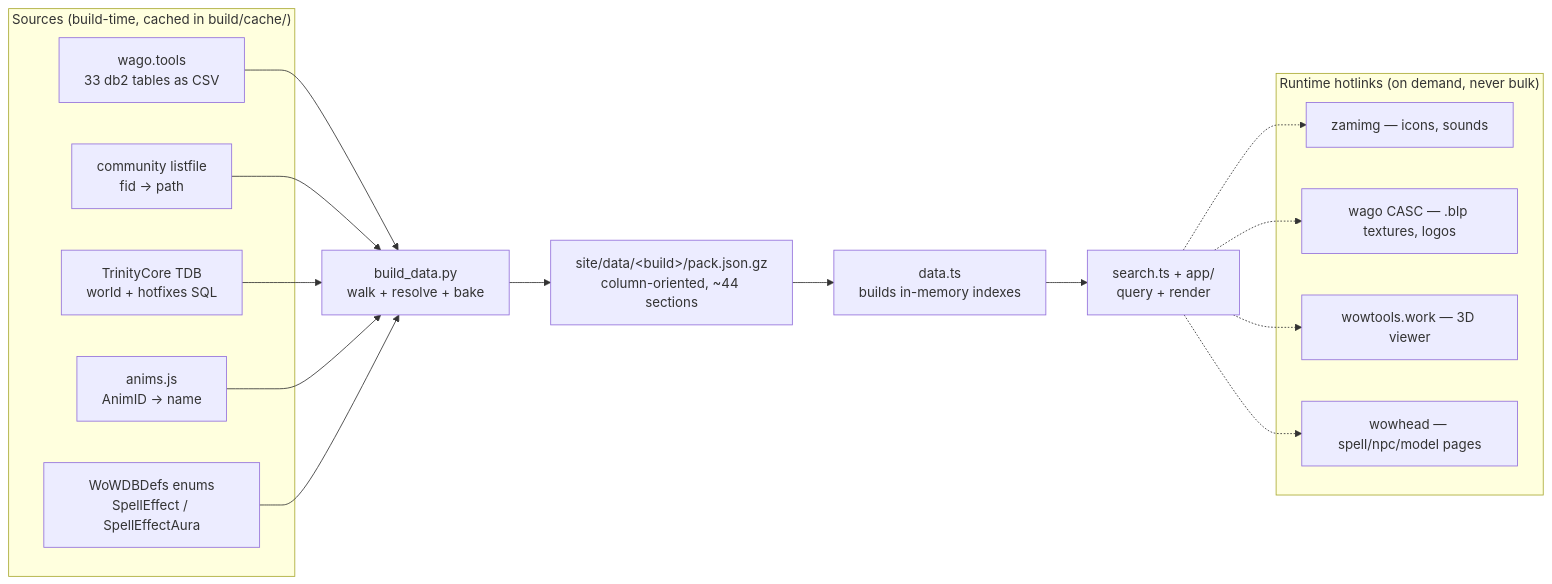
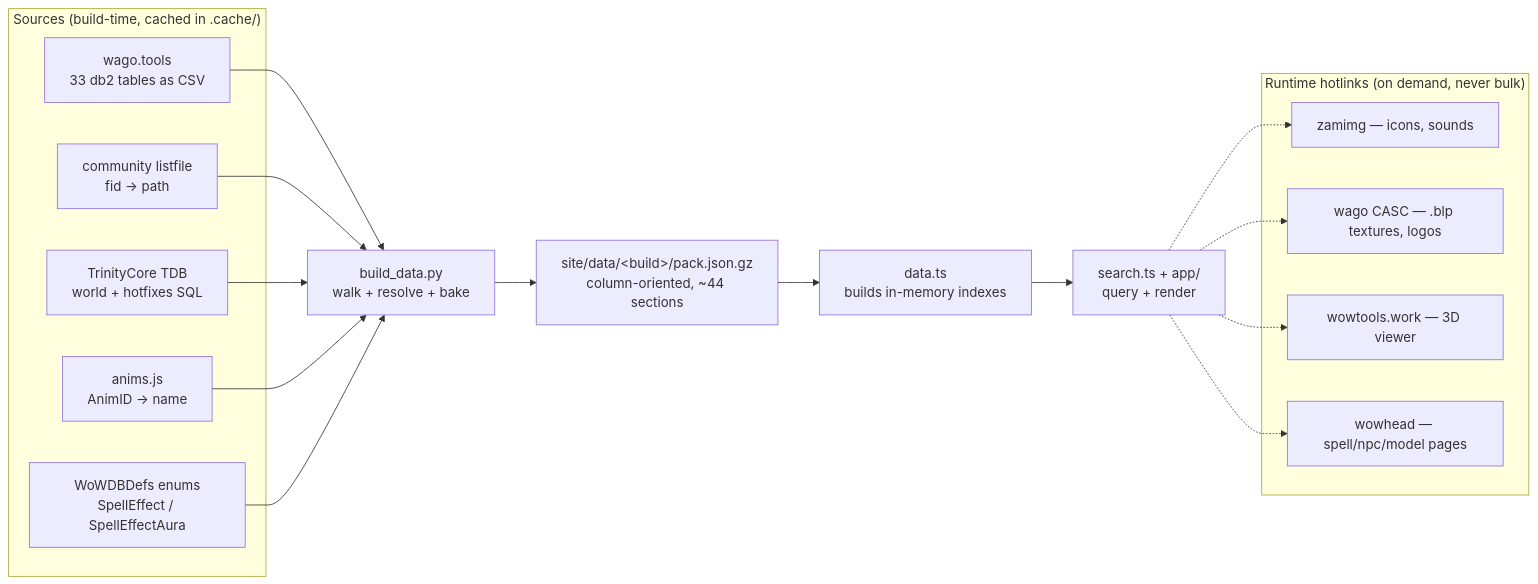
Before and after one commit to Natans8/Epsilook: the first of 22 diagrams in docs/DATA_ROUTES.md, drawn with Mermaid. The commit also changed 27 other files, not shown here.

````diff
--- a/docs/DATA_ROUTES.md
+++ b/docs/DATA_ROUTES.md
@@ -25,32 +25,32 @@
 ```mermaid
 flowchart LR
-    subgraph SRC["Sources (build-time, cached in build/cache/)"]
+    subgraph SRC["Sources (build-time, cached in .cache/)"]
         W["wago.tools<br/>33 db2 tables as CSV"]
         L["community listfile<br/>fid → path"]
         T["TrinityCore TDB<br/>world + hotfixes SQL"]
         A["anims.js<br/>AnimID → name"]
         E["WoWDBDefs enums<br/>SpellEffect / SpellEffectAura"]
     end
 
     B["build_data.py<br/>walk + resolve + bake"]
     P["site/data/&lt;build&gt;/pack.json.gz<br/>column-oriented, ~44 sections"]
     D["data.ts<br/>builds in-memory indexes"]
     U["search.ts + app/<br/>query + render"]
     W --> B
     L --> B
     T --> B
     A --> B
     E --> B
     B --> P --> D --> U
 
     subgraph RT["Runtime hotlinks (on demand, never bulk)"]
         Z["zamimg — icons, sounds"]
         C["wago CASC — .blp textures, logos"]
         V["wowtools.work — 3D viewer"]
         H["wowhead — spell/npc/model pages"]
     end
     U -.-> Z
     U -.-> C
     U -.-> V
     U -.-> H
 ```
````
